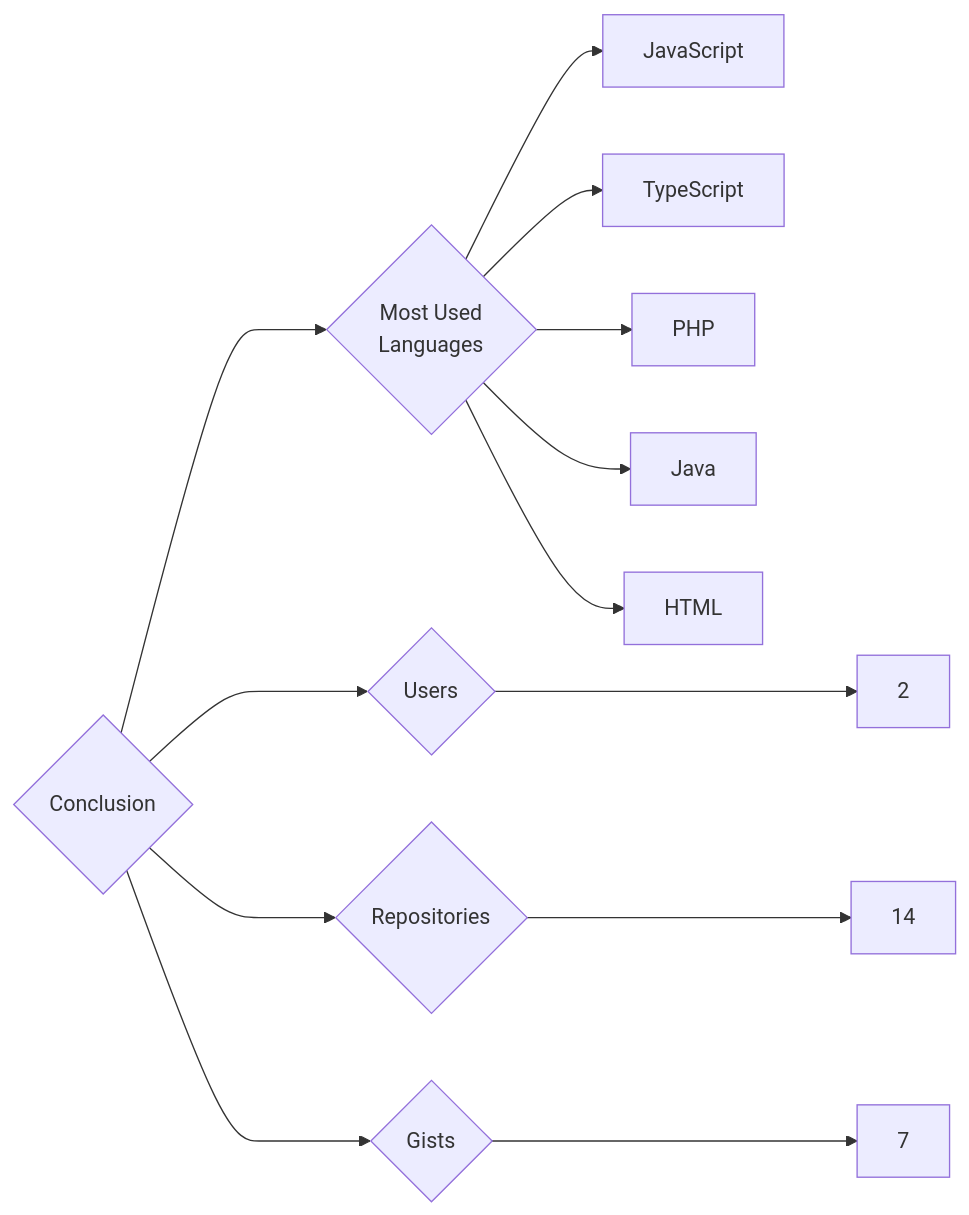
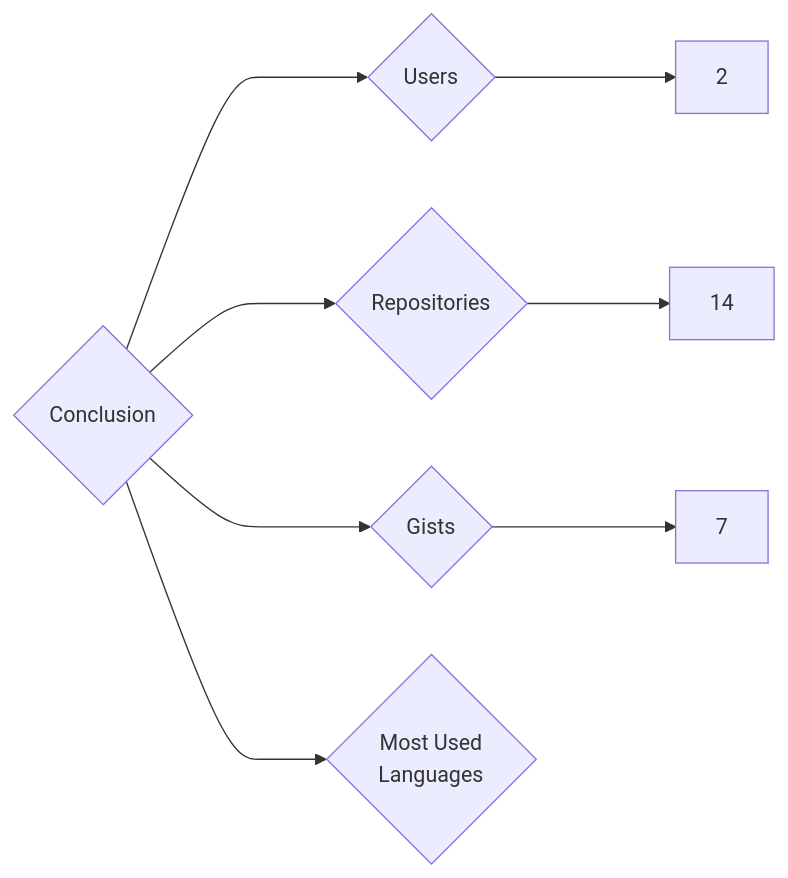
Before and after one commit to trickest/insiders: the diagram in targets/Conclusion/README.md, drawn with Mermaid. The commit also changed 748 other files, not shown here.

````diff
--- a/targets/Conclusion/README.md
+++ b/targets/Conclusion/README.md
@@ -3,13 +3,8 @@
 ```mermaid
 graph LR
 COMPANY_NAME{Conclusion}
 COMPANY_NAME ---> U{Users} ---> UN[2]
 COMPANY_NAME ---> R{Repositories} ---> RN[14]
 COMPANY_NAME ---> G{Gists} ---> GN[7]
 COMPANY_NAME ---> ML{Most Used<br>Languages}
-ML --> JavaScript[JavaScript]
-ML --> TypeScript[TypeScript]
-ML --> PHP[PHP]
-ML --> Java[Java]
-ML --> HTML[HTML]
 ```
````
